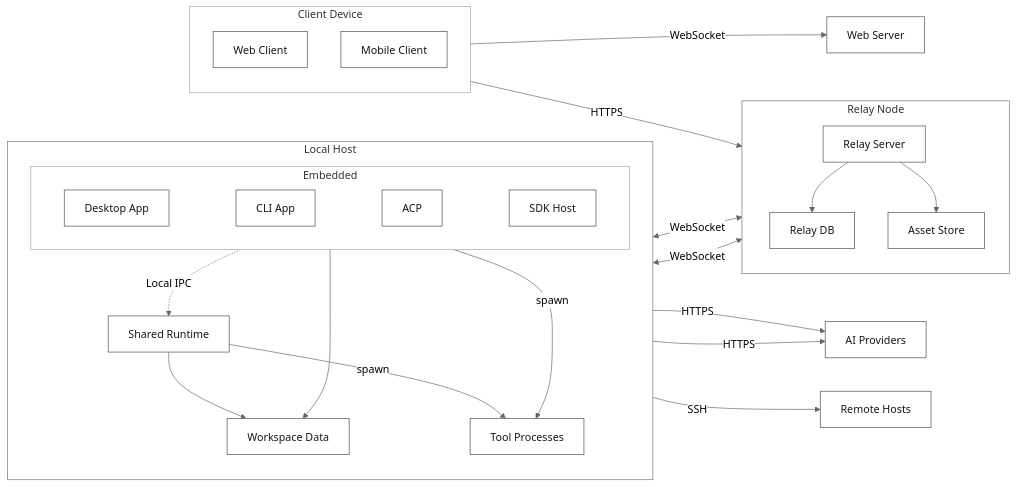
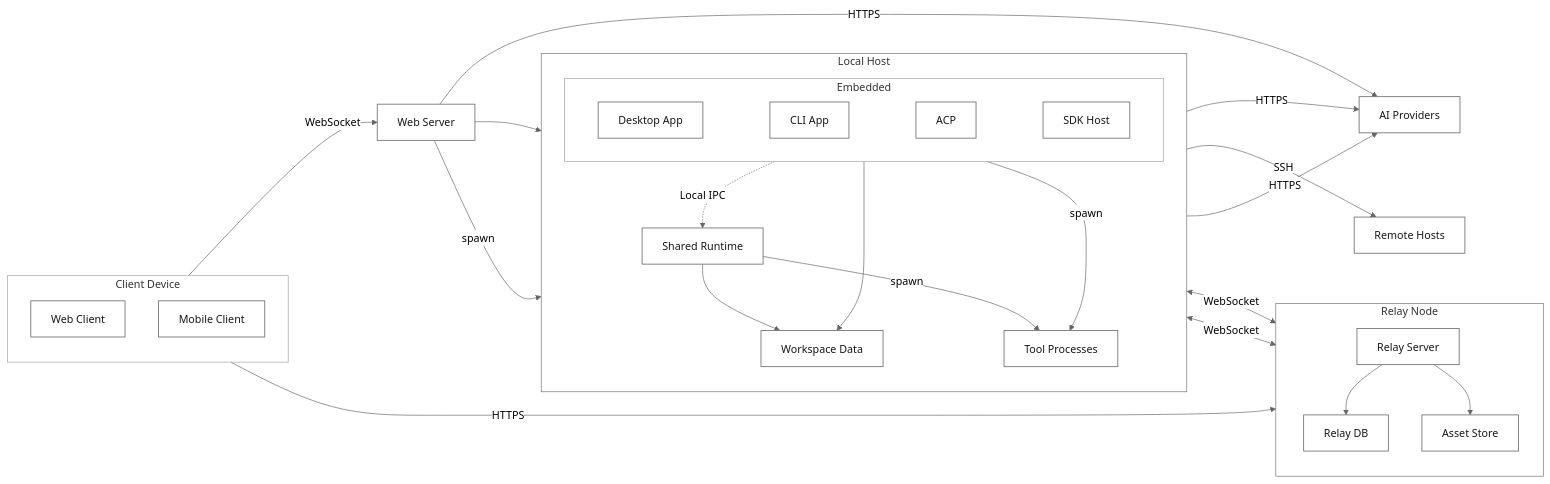
Before and after one commit to 1688mengdie/BitFun: the fourth of 15 diagrams in docs/architecture/product-architecture.md, drawn with Mermaid (neutral theme). The commit also changed other lines of this file and 87 other files, not shown here.

````diff
--- a/docs/architecture/product-architecture.md
+++ b/docs/architecture/product-architecture.md
@@ -309,53 +315,56 @@
 ```mermaid
 flowchart LR
   subgraph LocalHost["Local Host"]
     direction TB
     subgraph EmbeddedNodes["Embedded"]
       direction LR
       DesktopApp["Desktop App"] ~~~ CLIApp["CLI App"] ~~~ ACPApp["ACP"] ~~~ SDKHost["SDK Host"]
     end
     SharedRuntime["Shared Runtime"]
     WorkspaceData["Workspace Data"]
     ToolProcesses["Tool Processes"]
   end
 
   subgraph UserDevice["Client Device"]
     direction TB
     WebClient["Web Client"]
     MobileClient["Mobile Client"]
   end
 
   WebServer["Web Server"]
 
   subgraph RelayHost["Relay Node"]
     direction TB
     RelayServer["Relay Server"]
     RelayDB["Relay DB"]
     AssetStore["Asset Store"]
   end
 
   AIProviders["AI Providers"]
   RemoteHosts["Remote Hosts"]
 
   WebClient -->|WebSocket| WebServer
   MobileClient -->|HTTPS| RelayServer
   DesktopApp <-->|WebSocket| RelayServer
   CLIApp <-->|WebSocket| RelayServer
   CLIApp -.->|Local IPC| SharedRuntime
+  WebServer --> WorkspaceData
+  WebServer -->|spawn| ToolProcesses
+  WebServer -->|HTTPS| AIProviders
   RelayServer --> RelayDB
   RelayServer --> AssetStore
   EmbeddedNodes --> WorkspaceData
   SharedRuntime --> WorkspaceData
   EmbeddedNodes -->|spawn| ToolProcesses
   SharedRuntime -->|spawn| ToolProcesses
   EmbeddedNodes -->|HTTPS| AIProviders
   SharedRuntime -->|HTTPS| AIProviders
   DesktopApp -->|SSH| RemoteHosts
 
   classDef unit fill:#ffffff,stroke:#737373,stroke-width:1.3px,color:#171717;
   class DesktopApp,CLIApp,ACPApp,SDKHost,SharedRuntime,WorkspaceData,ToolProcesses,WebClient,MobileClient,WebServer,RelayServer,RelayDB,AssetStore,AIProviders,RemoteHosts unit;
   style LocalHost fill:#ffffff,stroke:#737373;
   style EmbeddedNodes fill:#ffffff,stroke:#a3a3a3;
   style UserDevice fill:#ffffff,stroke:#a3a3a3;
   style RelayHost fill:#ffffff,stroke:#737373;
 ```
````
